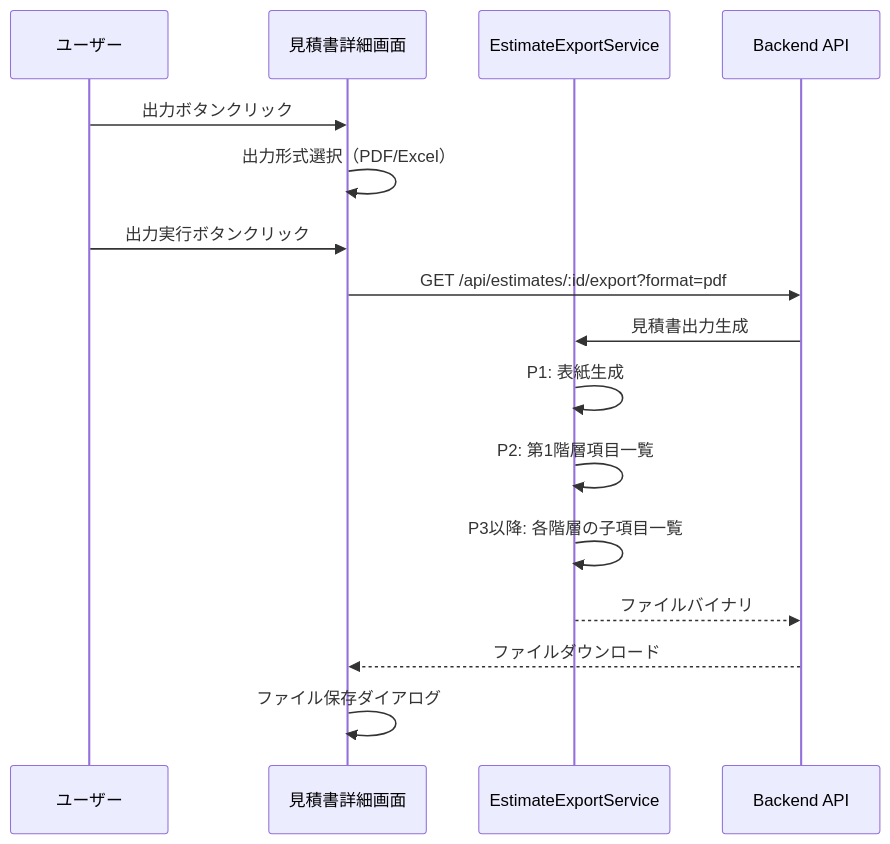
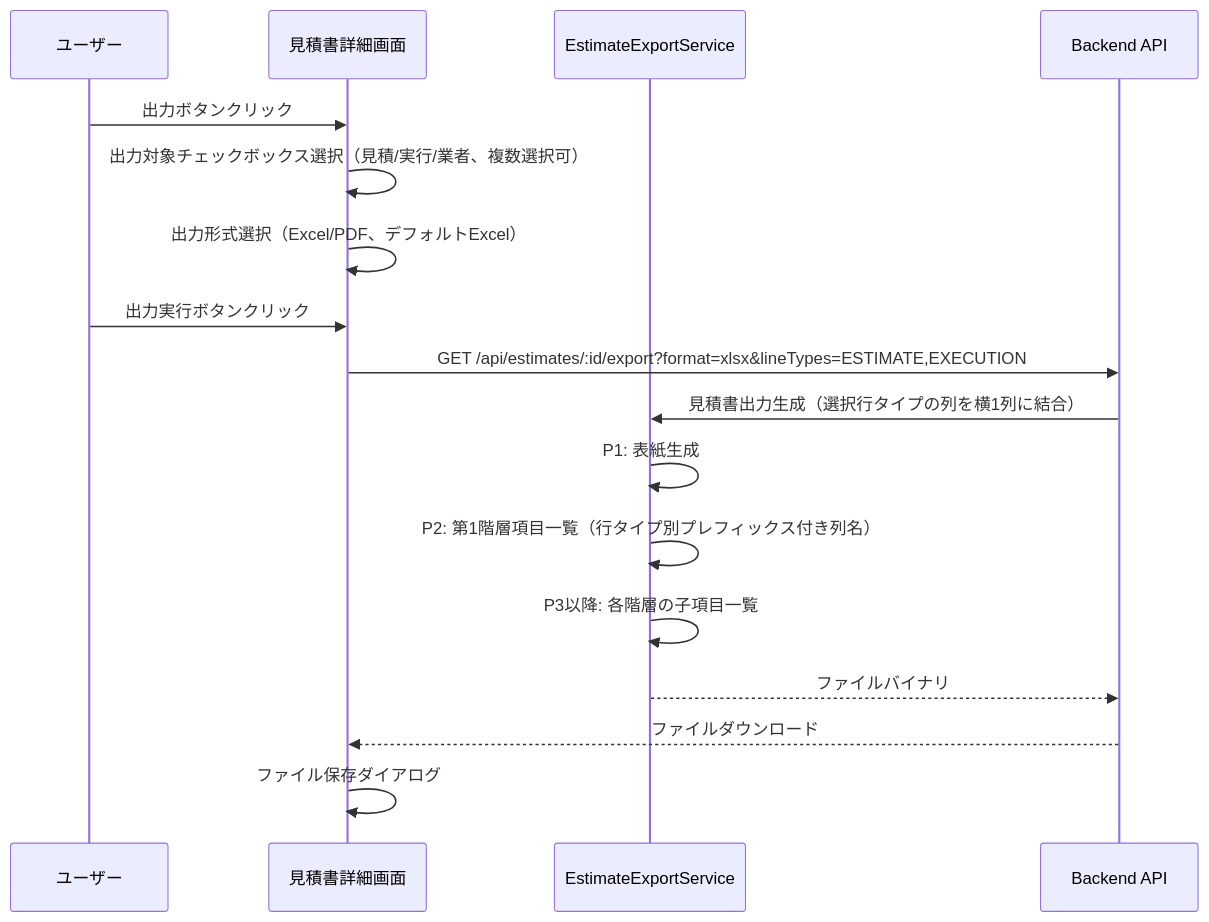
Before and after one commit to inakanou/ArchiTrack: the sixth of 7 diagrams in .kiro/specs/estimate-creation/design.md, drawn with Mermaid. The commit also changed other lines of this file and 10 other files, not shown here.

First line of the commit message:
feat(estimate): change export line type selection from radio to checkbox

````diff
--- a/.kiro/specs/estimate-creation/design.md
+++ b/.kiro/specs/estimate-creation/design.md
@@ -274,19 +274,20 @@
 ```mermaid
 sequenceDiagram
     participant User as ユーザー
     participant UI as 見積書詳細画面
     participant Export as EstimateExportService
     participant API as Backend API
 
     User->>UI: 出力ボタンクリック
-    UI->>UI: 出力形式選択（PDF/Excel）
+    UI->>UI: 出力対象チェックボックス選択（見積/実行/業者、複数選択可）
+    UI->>UI: 出力形式選択（Excel/PDF、デフォルトExcel）
     User->>UI: 出力実行ボタンクリック
-    UI->>API: GET /api/estimates/:id/export?format=pdf
-    API->>Export: 見積書出力生成
+    UI->>API: GET /api/estimates/:id/export?format=xlsx&lineTypes=ESTIMATE,EXECUTION
+    API->>Export: 見積書出力生成（選択行タイプの列を横1列に結合）
     Export->>Export: P1: 表紙生成
-    Export->>Export: P2: 第1階層項目一覧
+    Export->>Export: P2: 第1階層項目一覧（行タイプ別プレフィックス付き列名）
     Export->>Export: P3以降: 各階層の子項目一覧
     Export-->>API: ファイルバイナリ
     API-->>UI: ファイルダウンロード
     UI->>UI: ファイル保存ダイアログ
 ```
````
